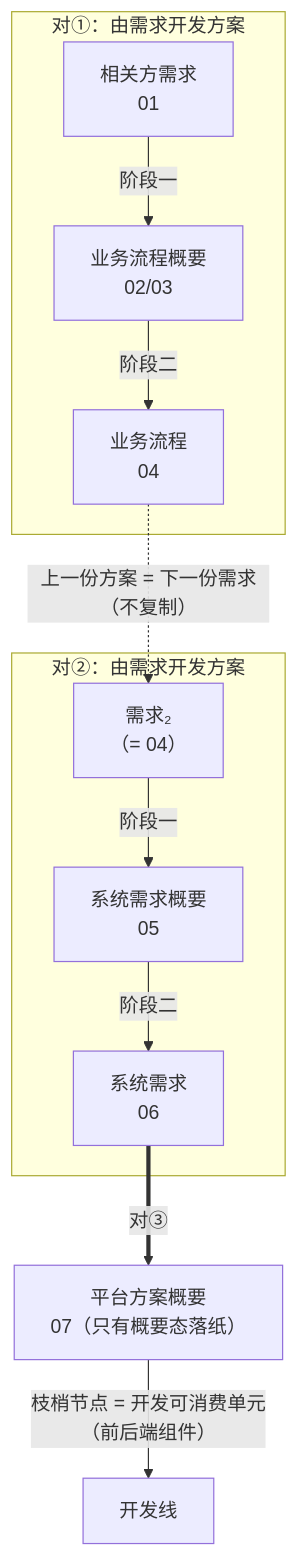
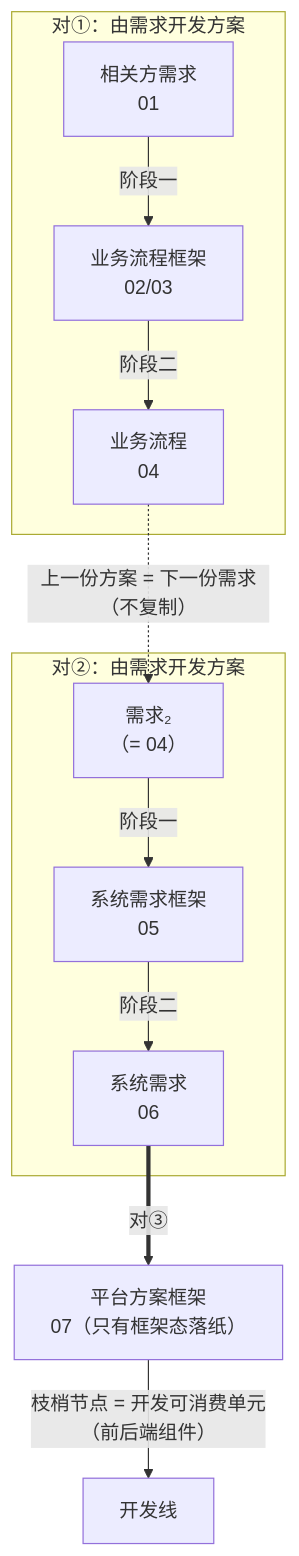
Before and after one commit to Yongjunzhou/AOS-system-design: the fourth of 4 diagrams in 50-系统工程研究/00-系统工程相关研究报告/20-设计与开发落地方法研究报告—需求与方案结对开发.md, drawn with Mermaid. The commit also changed other lines of this file and 60 other files, not shown here.

````diff
--- a/50-系统工程研究/00-系统工程相关研究报告/20-设计与开发落地方法研究报告—需求与方案结对开发.md
+++ b/50-系统工程研究/00-系统工程相关研究报告/20-设计与开发落地方法研究报告—需求与方案结对开发.md
@@ -308,14 +308,14 @@
 ```mermaid
 flowchart TD
     subgraph P1["对①：由需求开发方案"]
-        A["相关方需求<br/>01"] -->|"阶段一"| B["业务流程概要<br/>02/03"]
+        A["相关方需求<br/>01"] -->|"阶段一"| B["业务流程框架<br/>02/03"]
         B -->|"阶段二"| C["业务流程<br/>04"]
     end
     subgraph P2["对②：由需求开发方案"]
-        D["需求₂<br/>（= 04）"] -->|"阶段一"| E["系统需求概要<br/>05"]
+        D["需求₂<br/>（= 04）"] -->|"阶段一"| E["系统需求框架<br/>05"]
         E -->|"阶段二"| F["系统需求<br/>06"]
     end
     C -.->|"上一份方案 = 下一份需求（不复制）"| D
-    F ==>|"对③"| G["平台方案概要<br/>07（只有概要态落纸）"]
+    F ==>|"对③"| G["平台方案框架<br/>07（只有框架态落纸）"]
     G -->|"枝梢节点 = 开发可消费单元<br/>（前后端组件）"| H["开发线"]
 ```
````
